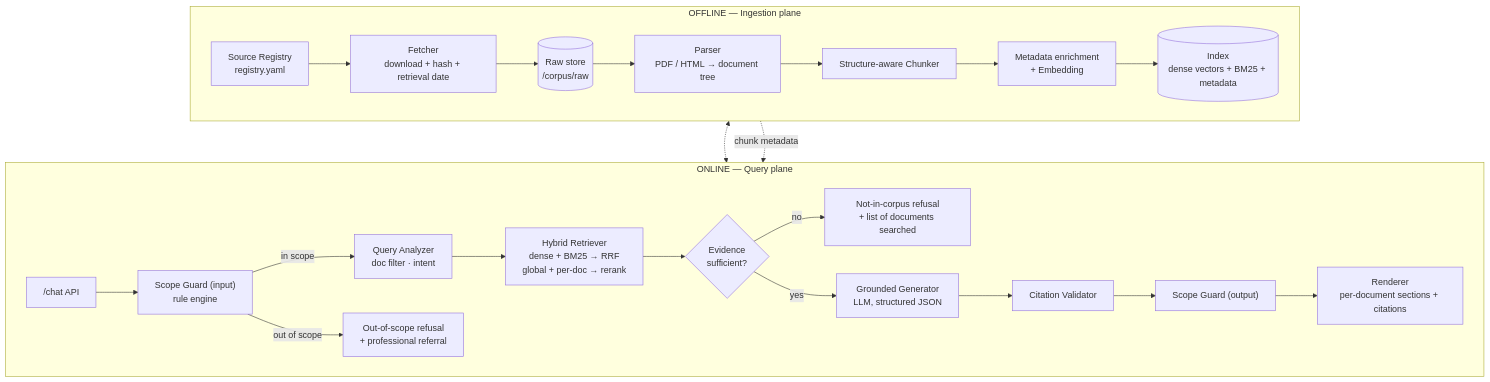
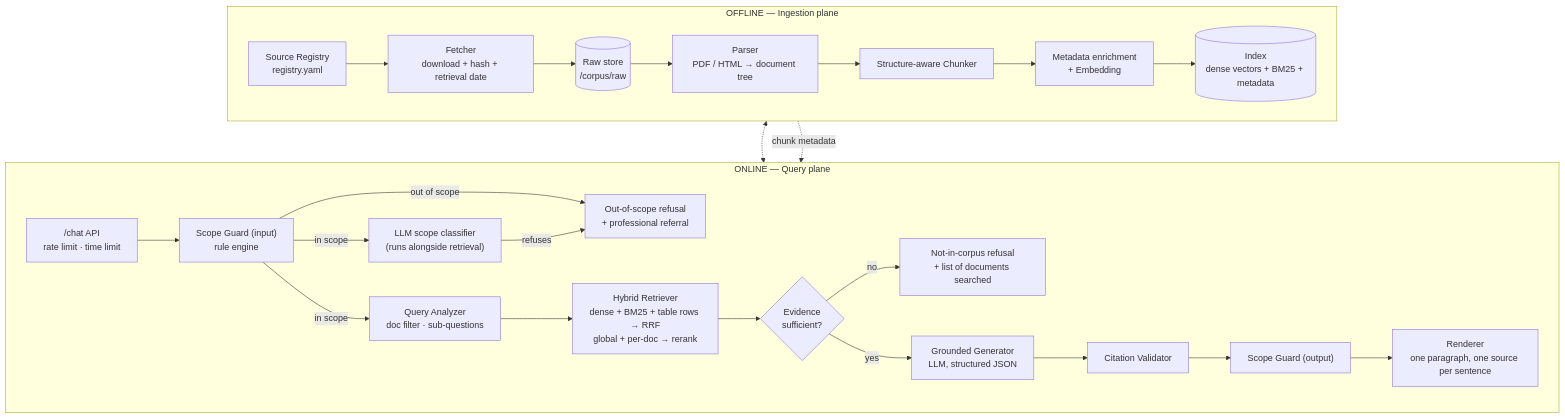
The second of 11 diagrams in ARCHITECTURE.md (vaishali-iyengar/TruNutri-RAG-chatbot), drawn with Mermaid before and after one commit. The commit also changed other lines of this file and 1 other file, not shown here.

First line of the commit message:
Update architecture doc and plan to the built system

````diff
--- a/ARCHITECTURE.md
+++ b/ARCHITECTURE.md
@@ -92,29 +95,31 @@
 ```mermaid
 flowchart TB
     subgraph OFF["OFFLINE — Ingestion plane"]
         direction LR
         R["Source Registry<br/>registry.yaml"] --> F["Fetcher<br/>download + hash + retrieval date"]
         F --> RAW[("Raw store<br/>/corpus/raw")]
         RAW --> P["Parser<br/>PDF / HTML → document tree"]
         P --> C["Structure-aware Chunker"]
         C --> E["Metadata enrichment<br/>+ Embedding"]
         E --> IDX[("Index<br/>dense vectors + BM25 + metadata")]
     end
 
     subgraph ON["ONLINE — Query plane"]
         direction LR
-        Q["/chat API"] --> G1["Scope Guard (input)<br/>rule engine"]
-        G1 -->|in scope| QA["Query Analyzer<br/>doc filter · intent"]
+        Q["/chat API<br/>rate limit · time limit"] --> G1["Scope Guard (input)<br/>rule engine"]
+        G1 -->|in scope| QA["Query Analyzer<br/>doc filter · sub-questions"]
+        G1 -->|in scope| CL["LLM scope classifier<br/>(runs alongside retrieval)"]
         G1 -->|out of scope| REF1["Out-of-scope refusal<br/>+ professional referral"]
-        QA --> RET["Hybrid Retriever<br/>dense + BM25 → RRF<br/>global + per-doc → rerank"]
+        CL -->|refuses| REF1
+        QA --> RET["Hybrid Retriever<br/>dense + BM25 + table rows → RRF<br/>global + per-doc → rerank"]
         RET --> SUF{"Evidence<br/>sufficient?"}
         SUF -->|no| REF2["Not-in-corpus refusal<br/>+ list of documents searched"]
         SUF -->|yes| GEN["Grounded Generator<br/>LLM, structured JSON"]
         GEN --> VAL["Citation Validator"]
         VAL --> G2["Scope Guard (output)"]
-        G2 --> REN["Renderer<br/>per-document sections + citations"]
+        G2 --> REN["Renderer<br/>one paragraph, one source per sentence"]
     end
 
     IDX <-.-> RET
     IDX -.->|chunk metadata| VAL
 ```
````
